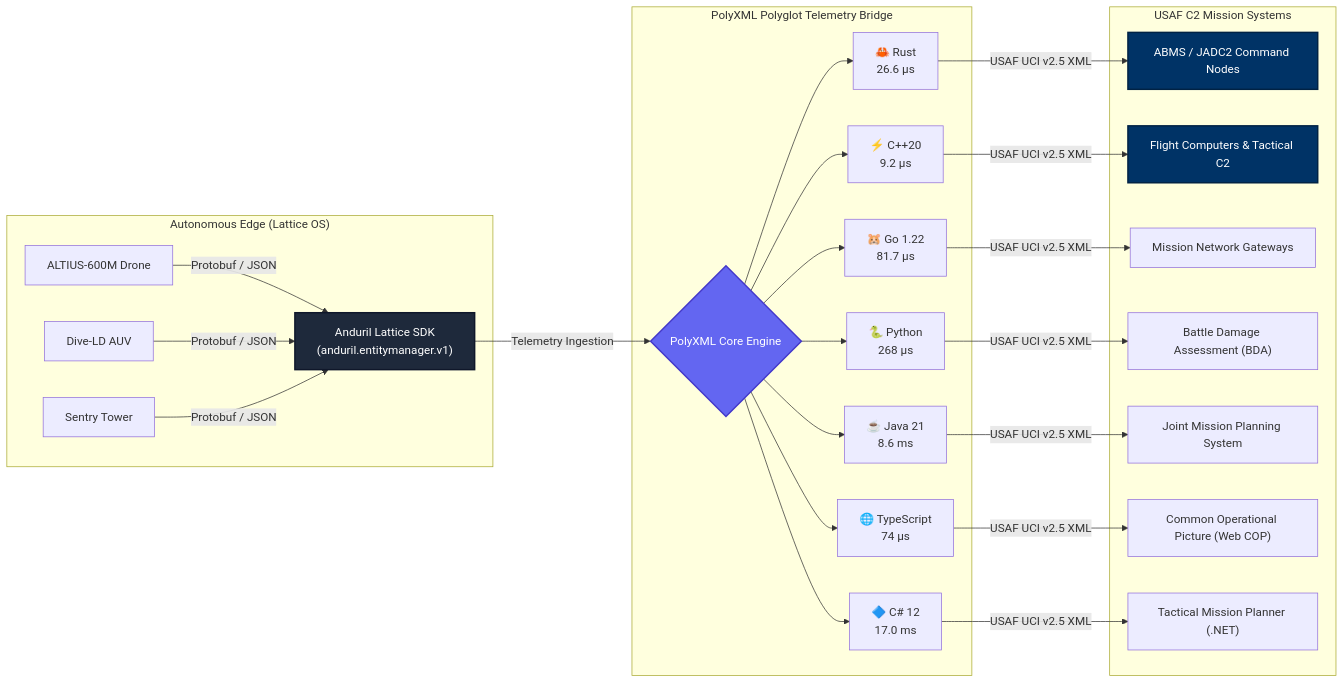
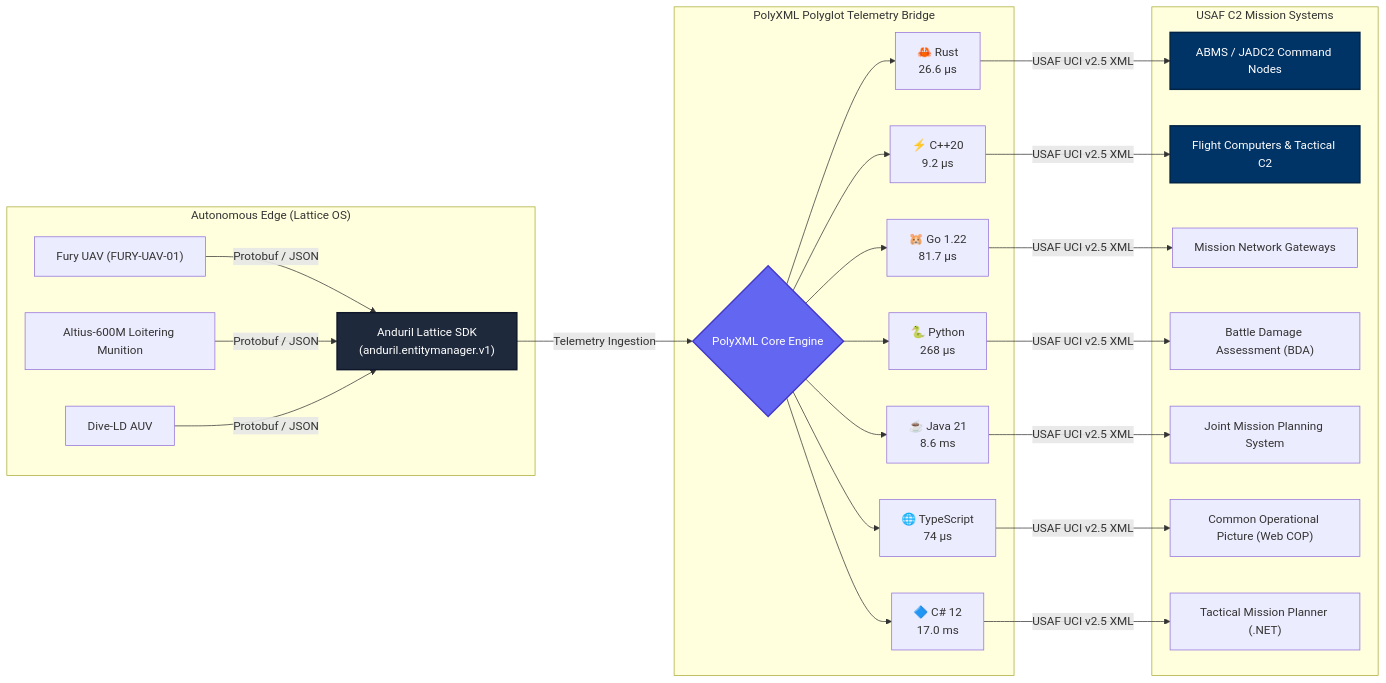
One commit to nth-bailey/polyxml-defense-examples changed the first of 2 diagrams in README.md. Above: the diagram before and after it, drawn with Mermaid. The commit also changed other lines of this file and 20 other files, not shown here.

````diff
--- a/README.md
+++ b/README.md
@@ -62,34 +62,34 @@
 ```mermaid
 flowchart LR
     subgraph "Autonomous Edge (Lattice OS)"
-        L1["ALTIUS-600M Drone"] -->|Protobuf / JSON| LSDK["Anduril Lattice SDK<br/>(anduril.entitymanager.v1)"]
-        L2["Dive-LD AUV"] -->|Protobuf / JSON| LSDK
-        L3["Sentry Tower"] -->|Protobuf / JSON| LSDK
+        L1["Fury UAV (FURY-UAV-01)"] -->|Protobuf / JSON| LSDK["Anduril Lattice SDK<br/>(anduril.entitymanager.v1)"]
+        L2["Altius-600M Loitering Munition"] -->|Protobuf / JSON| LSDK
+        L3["Dive-LD AUV"] -->|Protobuf / JSON| LSDK
     end
 
     subgraph "PolyXML Polyglot Telemetry Bridge"
         LSDK -->|Telemetry Ingestion| BRIDGE{"PolyXML Core Engine"}
         BRIDGE --> RUST["🦀 Rust<br/>26.6 μs"]
         BRIDGE --> CPP["⚡ C++20<br/>9.2 μs"]
         BRIDGE --> GO["🐹 Go 1.22<br/>81.7 μs"]
         BRIDGE --> PY["🐍 Python<br/>268 μs"]
         BRIDGE --> JAVA["☕ Java 21<br/>8.6 ms"]
         BRIDGE --> TS["🌐 TypeScript<br/>74 μs"]
         BRIDGE --> CS["🔷 C# 12<br/>17.0 ms"]
     end
 
     subgraph "USAF C2 Mission Systems"
         RUST -->|USAF UCI v2.5 XML| C2["ABMS / JADC2 Command Nodes"]
         CPP -->|USAF UCI v2.5 XML| AVIONICS["Flight Computers & Tactical C2"]
         GO -->|USAF UCI v2.5 XML| GW["Mission Network Gateways"]
         PY -->|USAF UCI v2.5 XML| ANALYTICS["Battle Damage Assessment (BDA)"]
         JAVA -->|USAF UCI v2.5 XML| ENTERPRISE["Joint Mission Planning System"]
         TS -->|USAF UCI v2.5 XML| COP["Common Operational Picture (Web COP)"]
         CS -->|USAF UCI v2.5 XML| PLANNER["Tactical Mission Planner (.NET)"]
     end
 
     style BRIDGE fill:#6366f1,stroke:#4338ca,stroke-width:2px,color:#fff
     style LSDK fill:#1e293b,stroke:#0f172a,stroke-width:2px,color:#fff
     style C2 fill:#003366,stroke:#002244,stroke-width:2px,color:#fff
     style AVIONICS fill:#003366,stroke:#002244,stroke-width:2px,color:#fff
 ```
````
